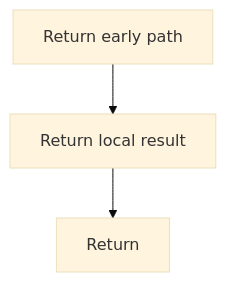
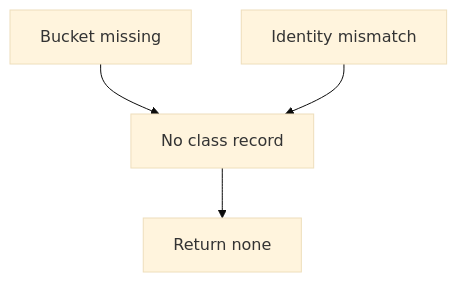
One commit to JohnAndrewBalbarosa/NeoTerritory changed the second of 2 diagrams in docs/Codebase/Microservice/Modules/Source/Analysis/ImplementationUse/Resolution/Symbols/Query/Flow/functions/find_class_by_hash.cpp.md. Above: the diagram before and after it, drawn with Mermaid (base theme). The commit also changed other lines of this file and 147 other files, not shown here.

````diff
--- a/docs/Codebase/Microservice/Modules/Source/Analysis/ImplementationUse/Resolution/Symbols/Query/Flow/functions/find_class_by_hash.cpp.md
+++ b/docs/Codebase/Microservice/Modules/Source/Analysis/ImplementationUse/Resolution/Symbols/Query/Flow/functions/find_class_by_hash.cpp.md
@@ -54,8 +61,10 @@
 ```mermaid
 flowchart TD
-    N0["Return early path"]
-    N1["Return local result"]
-    N2["Return"]
-    N0 --> N1
+    N0["Bucket missing"]
+    N1["Identity mismatch"]
+    N2["No class record"]
+    N3["Return none"]
+    N0 --> N2
     N1 --> N2
+    N2 --> N3
 ```
````
